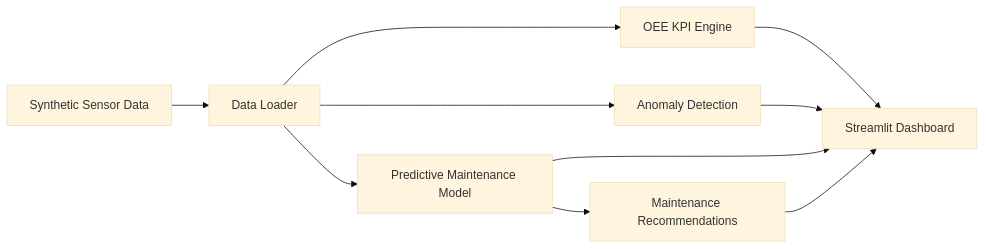
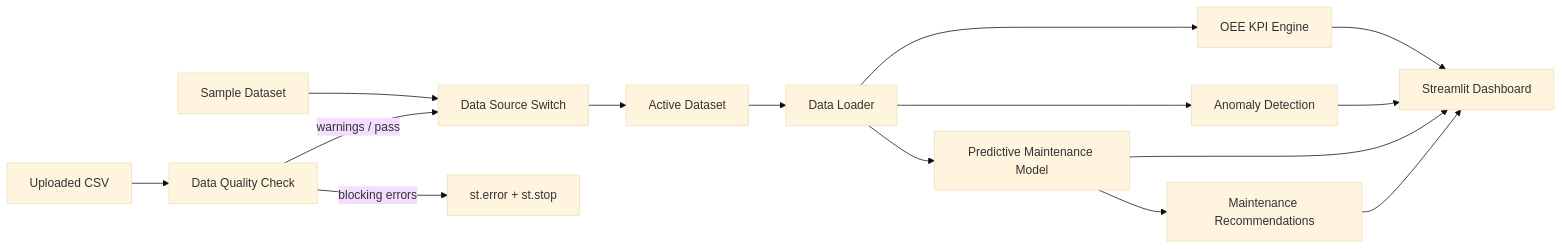
The diagram in README.md (pien0523/monitoring-dashboard), drawn with Mermaid (base theme) before and after one commit. The commit also changed other lines of this file, not shown here.

Commit message:
Update README.md: Add new features for data source switching and data quality checks. Enhance flowchart to illustrate data handling process and include details on test coverage for data quality validation.

````diff
--- a/README.md
+++ b/README.md
@@ -146,12 +148,17 @@
 ```mermaid
 flowchart LR
-    A[Synthetic Sensor Data] --> B[Data Loader]
+    A[Sample Dataset] --> SW[Data Source Switch]
+    U[Uploaded CSV] --> DQ[Data Quality Check]
+    DQ -- blocking errors --> ERR[st.error + st.stop]
+    DQ -- warnings / pass --> SW
+    SW --> AD[Active Dataset]
+    AD --> B[Data Loader]
     B --> C[OEE KPI Engine]
     B --> D[Anomaly Detection]
     B --> E[Predictive Maintenance Model]
     C --> F[Streamlit Dashboard]
     D --> F
     E --> F
     E --> G[Maintenance Recommendations]
     G --> F
 ```
````
